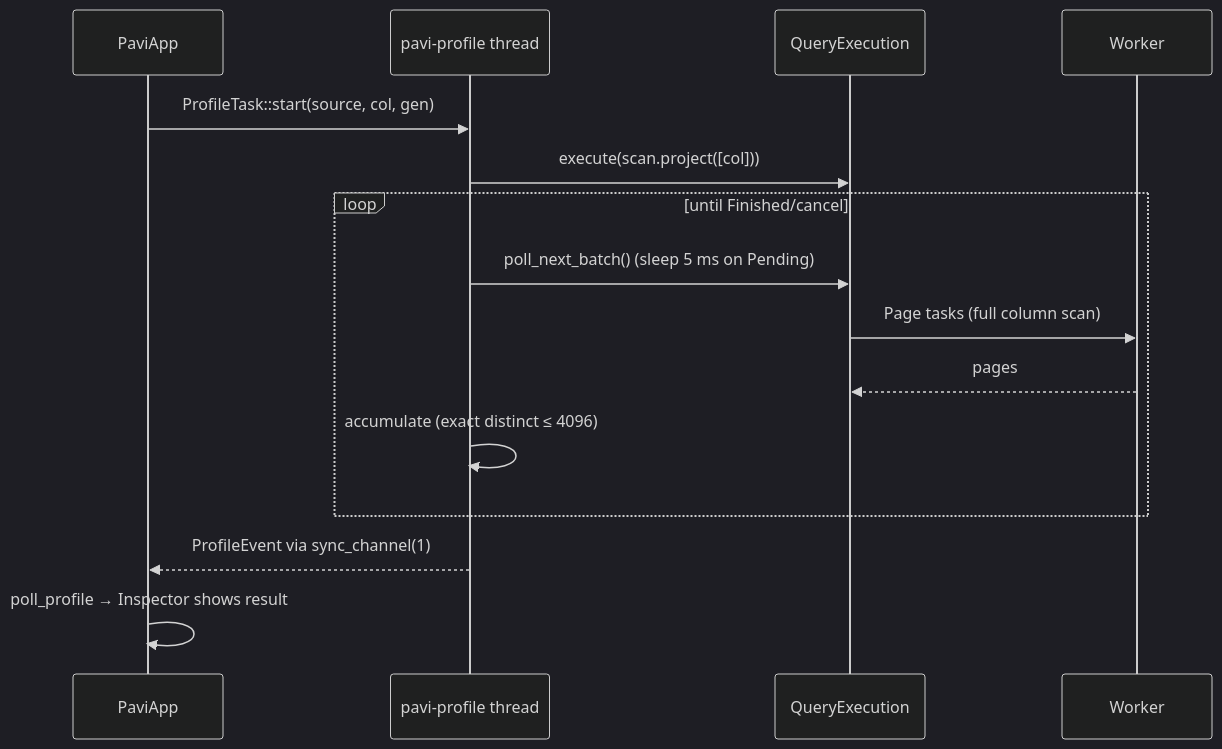
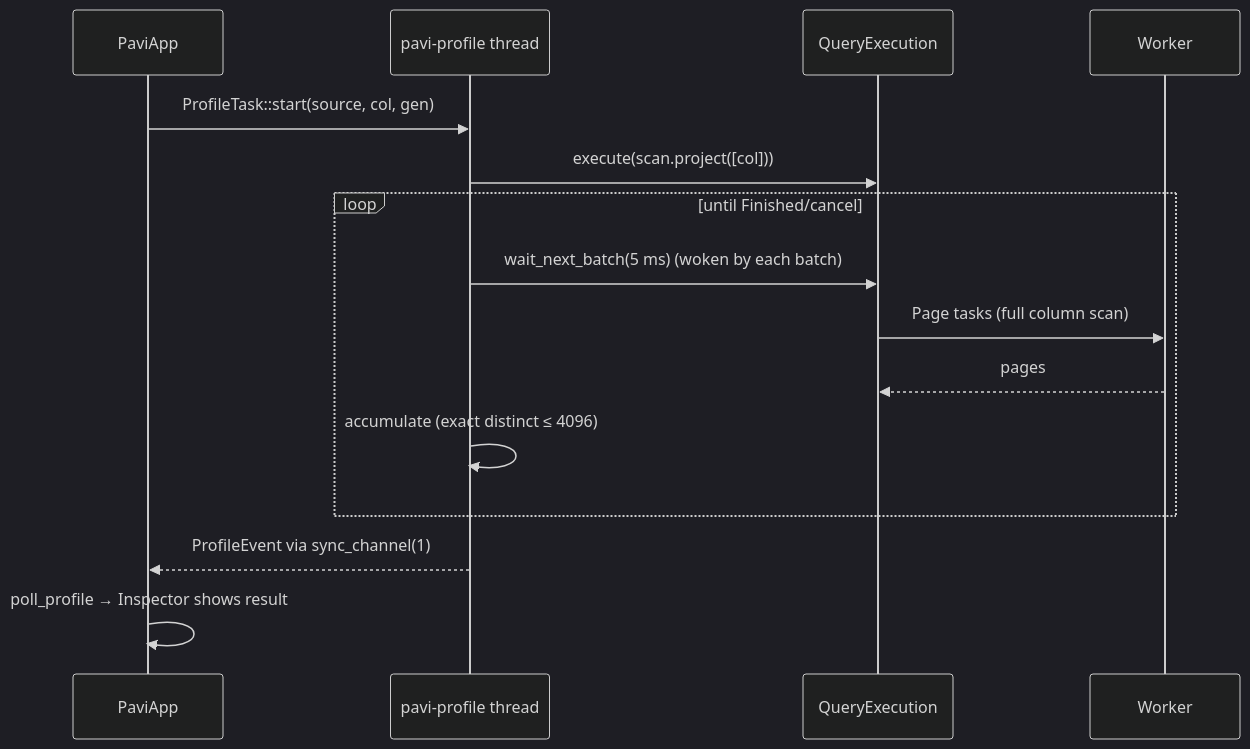
The sixth of 8 diagrams in docs/architecture/data-flows.md (elshanhsynv/pavi), drawn with Mermaid (dark theme) before and after one commit. The commit also changed other lines of this file and 10 other files, not shown here.

````diff
--- a/docs/architecture/data-flows.md
+++ b/docs/architecture/data-flows.md
@@ -207,17 +207,17 @@
 ```mermaid
 sequenceDiagram
     participant UI as PaviApp
     participant PT as pavi-profile thread
     participant Q as QueryExecution
     participant W as Worker
     UI->>PT: ProfileTask::start(source, col, gen)
     PT->>Q: execute(scan.project([col]))
     loop until Finished/cancel
-        PT->>Q: poll_next_batch() (sleep 5 ms on Pending)
+        PT->>Q: wait_next_batch(5 ms) (woken by each batch)
         Q->>W: Page tasks (full column scan)
         W-->>Q: pages
         PT->>PT: accumulate (exact distinct ≤ 4096)
     end
     PT-->>UI: ProfileEvent via sync_channel(1)
     UI->>UI: poll_profile → Inspector shows result
 ```
````
